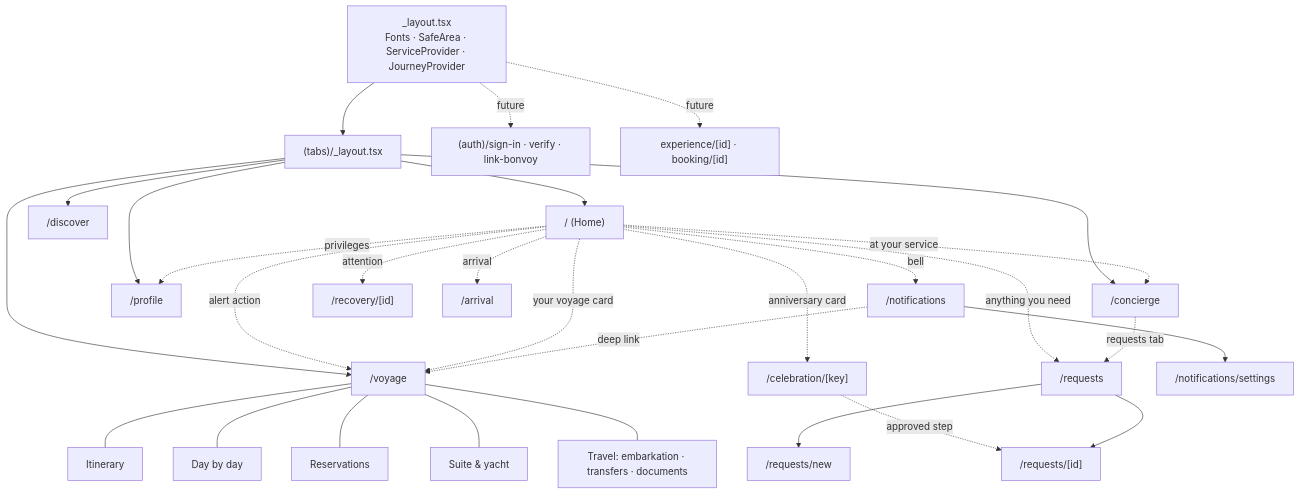
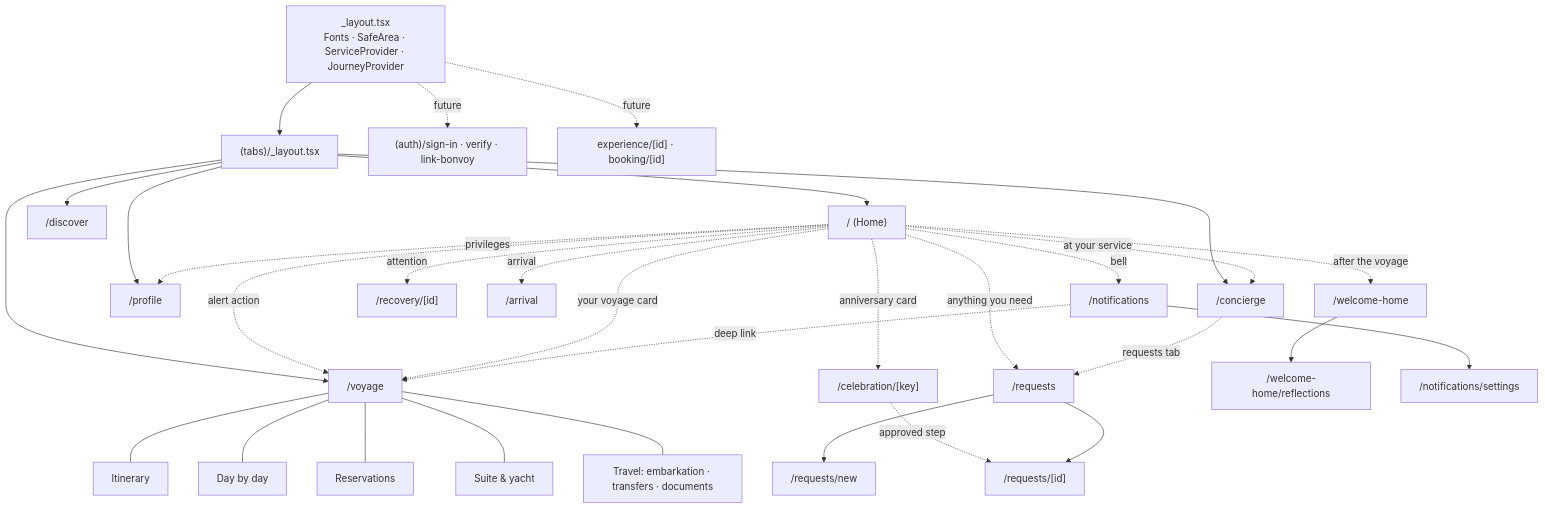
One commit to Romulus61265/RCYC-Loyalty-App changed the diagram in docs/08-navigation-model.md. Above: the diagram before and after it, drawn with Mermaid. The commit also changed other lines of this file and 36 other files, not shown here.

First line of the commit message:
After the voyage: "Welcome home.", the voyage remembered, and reflections

````diff
--- a/docs/08-navigation-model.md
+++ b/docs/08-navigation-model.md
@@ -5,34 +5,36 @@
 ```mermaid
 flowchart TB
   Root["_layout.tsx<br/>Fonts · SafeArea · ServiceProvider · JourneyProvider"] --> Tabs["(tabs)/_layout.tsx"]
   Tabs --> Home["/ (Home)"]
   Tabs --> Voyage["/voyage"]
   Tabs --> Discover["/discover"]
   Tabs --> Concierge["/concierge"]
   Tabs --> Profile["/profile"]
 
   Voyage --- V1[Itinerary]
   Voyage --- V2[Day by day]
   Voyage --- V3[Reservations]
   Voyage --- V4[Suite & yacht]
   Voyage --- V5[Travel: embarkation · transfers · documents]
 
   Home -.alert action.-> Voyage
   Home -.privileges.-> Profile
   Home -.your voyage card.-> Voyage
   Home -.at your service.-> Concierge
   Home -.anniversary card.-> Celebration["/celebration/[key]"]
   Home -.anything you need.-> Requests["/requests"]
   Home -.bell.-> Notifications["/notifications"]
   Home -.attention.-> Recovery["/recovery/[id]"]
   Home -.arrival.-> Arrival["/arrival"]
+  Home -.after the voyage.-> WelcomeHome["/welcome-home"]
+  WelcomeHome --> Reflections["/welcome-home/reflections"]
   Notifications --> NotificationSettings["/notifications/settings"]
   Notifications -.deep link.-> Voyage
   Concierge -.requests tab.-> Requests
   Celebration -.approved step.-> Request
   Requests --> NewRequest["/requests/new"]
   Requests --> Request["/requests/[id]"]
 
   Root -. future .-> Auth["(auth)/sign-in · verify · link-bonvoy"]
   Root -. future .-> Modals["experience/[id] · booking/[id]"]
 ```
````
